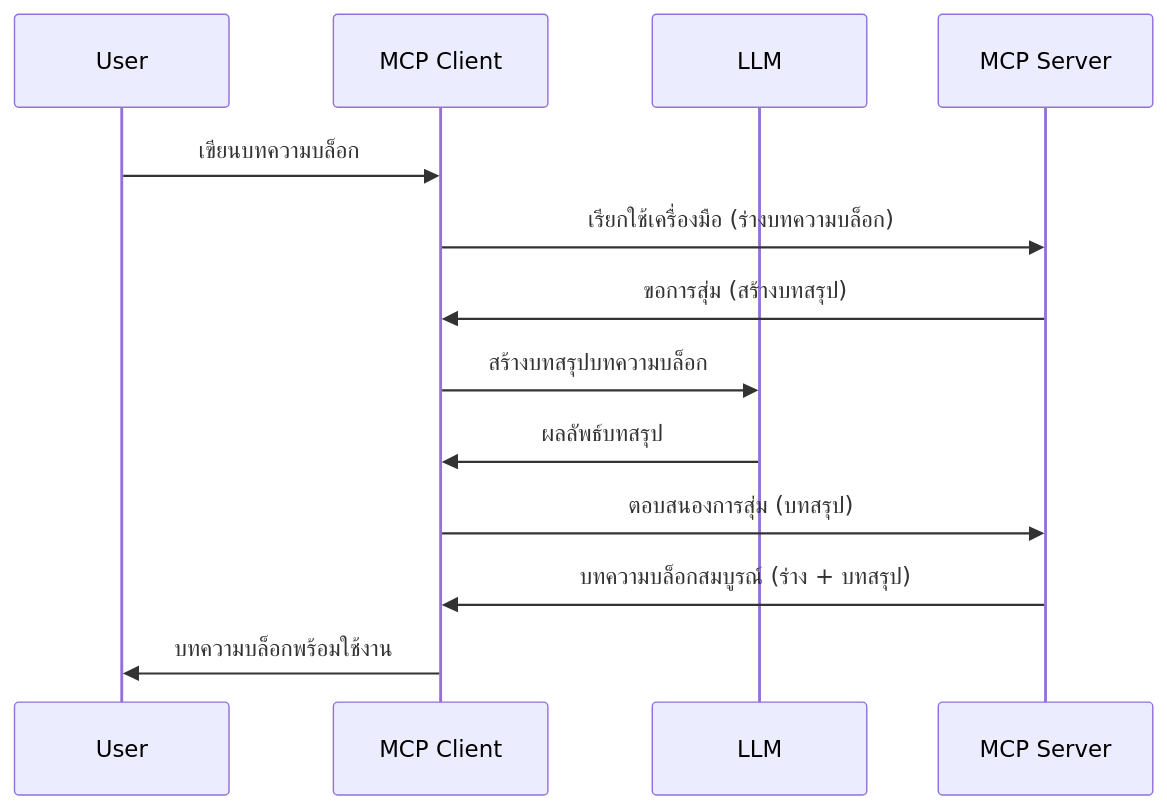
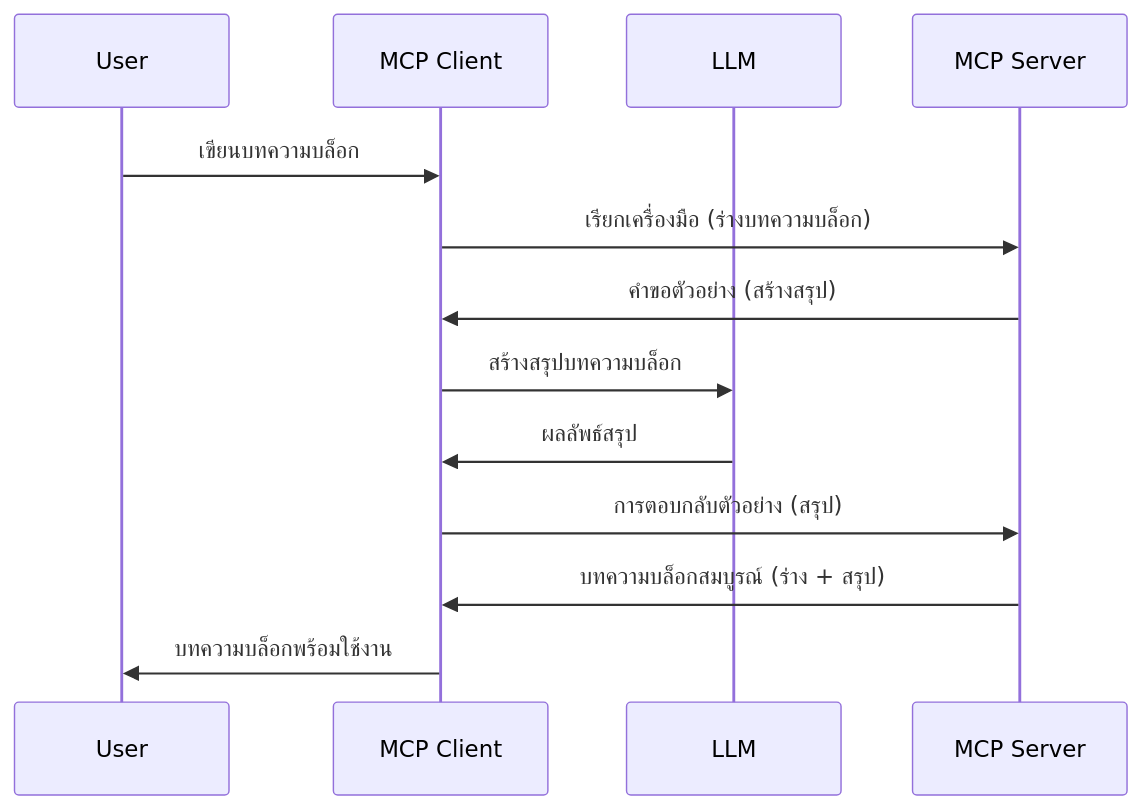
The diagram in mcp_ecosystem__model_context_protocol/mcp_learning_resources/mcp-for-beginners/translations/th/03-GettingStarted/14-sampling/README.md (HIDORAKAI002/ai-workspace-archive), drawn with Mermaid before and after one commit. The commit also changed other lines of this file and 1539 other files, not shown here.

````diff
--- a/mcp_ecosystem__model_context_protocol/mcp_learning_resources/mcp-for-beginners/translations/th/03-GettingStarted/14-sampling/README.md
+++ b/mcp_ecosystem__model_context_protocol/mcp_learning_resources/mcp-for-beginners/translations/th/03-GettingStarted/14-sampling/README.md
@@ -23,16 +23,16 @@
 ```mermaid
 sequenceDiagram
     participant User
     participant MCP Client
     participant LLM
     participant MCP Server
 
     User->>MCP Client: เขียนบทความบล็อก
-    MCP Client->>MCP Server: เรียกใช้เครื่องมือ (ร่างบทความบล็อก)
-    MCP Server->>MCP Client: ขอการสุ่ม (สร้างบทสรุป)
-    MCP Client->>LLM: สร้างบทสรุปบทความบล็อก
-    LLM->>MCP Client: ผลลัพธ์บทสรุป
-    MCP Client->>MCP Server: ตอบสนองการสุ่ม (บทสรุป)
-    MCP Server->>MCP Client: บทความบล็อกสมบูรณ์ (ร่าง + บทสรุป)
+    MCP Client->>MCP Server: เรียกเครื่องมือ (ร่างบทความบล็อก)
+    MCP Server->>MCP Client: คำขอตัวอย่าง (สร้างสรุป)
+    MCP Client->>LLM: สร้างสรุปบทความบล็อก
+    LLM->>MCP Client: ผลลัพธ์สรุป
+    MCP Client->>MCP Server: การตอบกลับตัวอย่าง (สรุป)
+    MCP Server->>MCP Client: บทความบล็อกสมบูรณ์ (ร่าง + สรุป)
     MCP Client->>User: บทความบล็อกพร้อมใช้งาน
 ```
````
